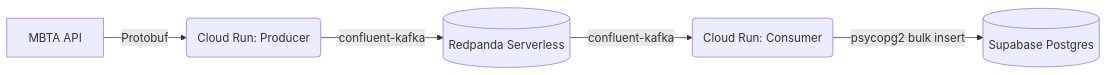
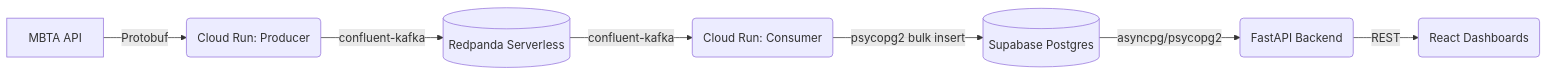
One commit to DantheCE/mbta-telemetry-pipeline changed the diagram in README.md. Above: the diagram before and after it, drawn with Mermaid. The commit also changed other lines of this file, not shown here.

Commit message:
docs: update README with recent dashboard, api, and docker-compose work

````diff
--- a/README.md
+++ b/README.md
@@ -17,7 +17,9 @@
 ```mermaid
 graph LR
     MBTA[MBTA API] -->|Protobuf| P(Cloud Run: Producer)
     P -->|confluent-kafka| R[(Redpanda Serverless)]
     R -->|confluent-kafka| C(Cloud Run: Consumer)
     C -->|psycopg2 bulk insert| DB[(Supabase Postgres)]
+    DB -->|asyncpg/psycopg2| API(FastAPI Backend)
+    API -->|REST| UI(React Dashboards)
 ```
````
